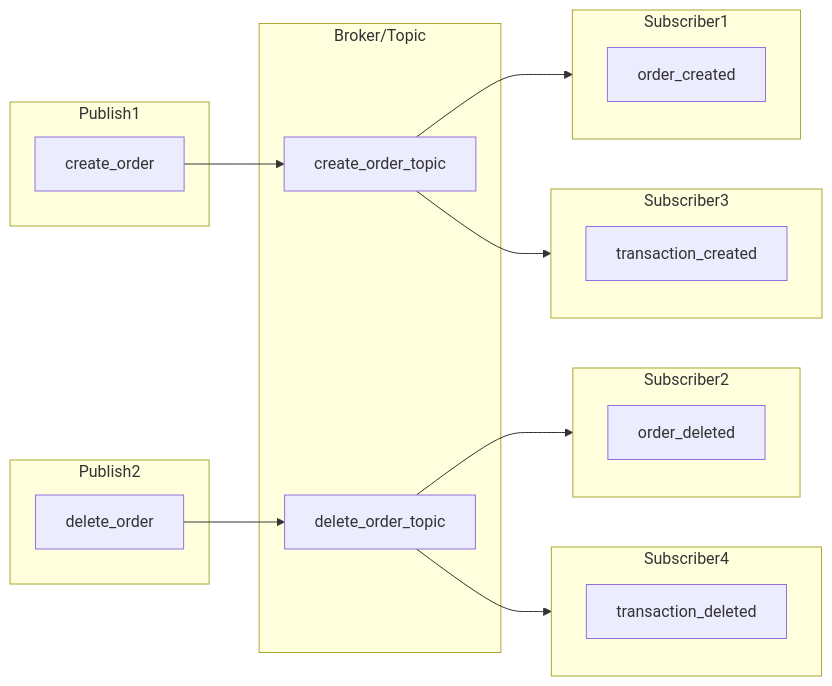
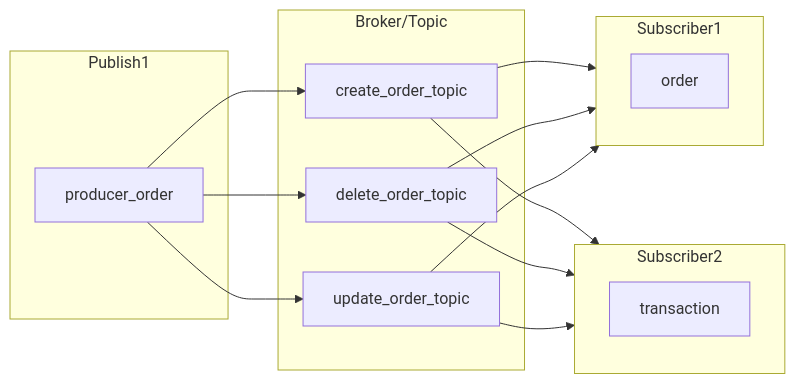
The first of 2 diagrams in README.md (tiagornandrade/flask-api-order-python-kafka), drawn with Mermaid before and after one commit. The commit also changed other lines of this file and 6 other files, not shown here.

````diff
--- a/README.md
+++ b/README.md
@@ -11,42 +11,31 @@
 ```mermaid
 flowchart LR
 
 subgraph Publish1
-    1[create_order]
-end
-
-subgraph Publish2
-    2[delete_order]
+    1[producer_order]
 end
 
 subgraph Broker/Topic
     a[create_order_topic]
-end
-
-subgraph Broker/Topic
     b[delete_order_topic]
+    c[update_order_topic]
 end
 
 subgraph Subscriber1
-    order_created
+    order
 end
 
 subgraph Subscriber2
-    order_deleted
-end
-
-subgraph Subscriber3
-    transaction_created
-end
-
-subgraph Subscriber4
-    transaction_deleted
+    transaction
 end
 
 1 --> a
-2 --> b
+1 --> b
+1 --> c
 a --> Subscriber1
+a --> Subscriber2
+b --> Subscriber1
 b --> Subscriber2
-a --> Subscriber3
-b --> Subscriber4
+c --> Subscriber1
+c --> Subscriber2
 ```
````
